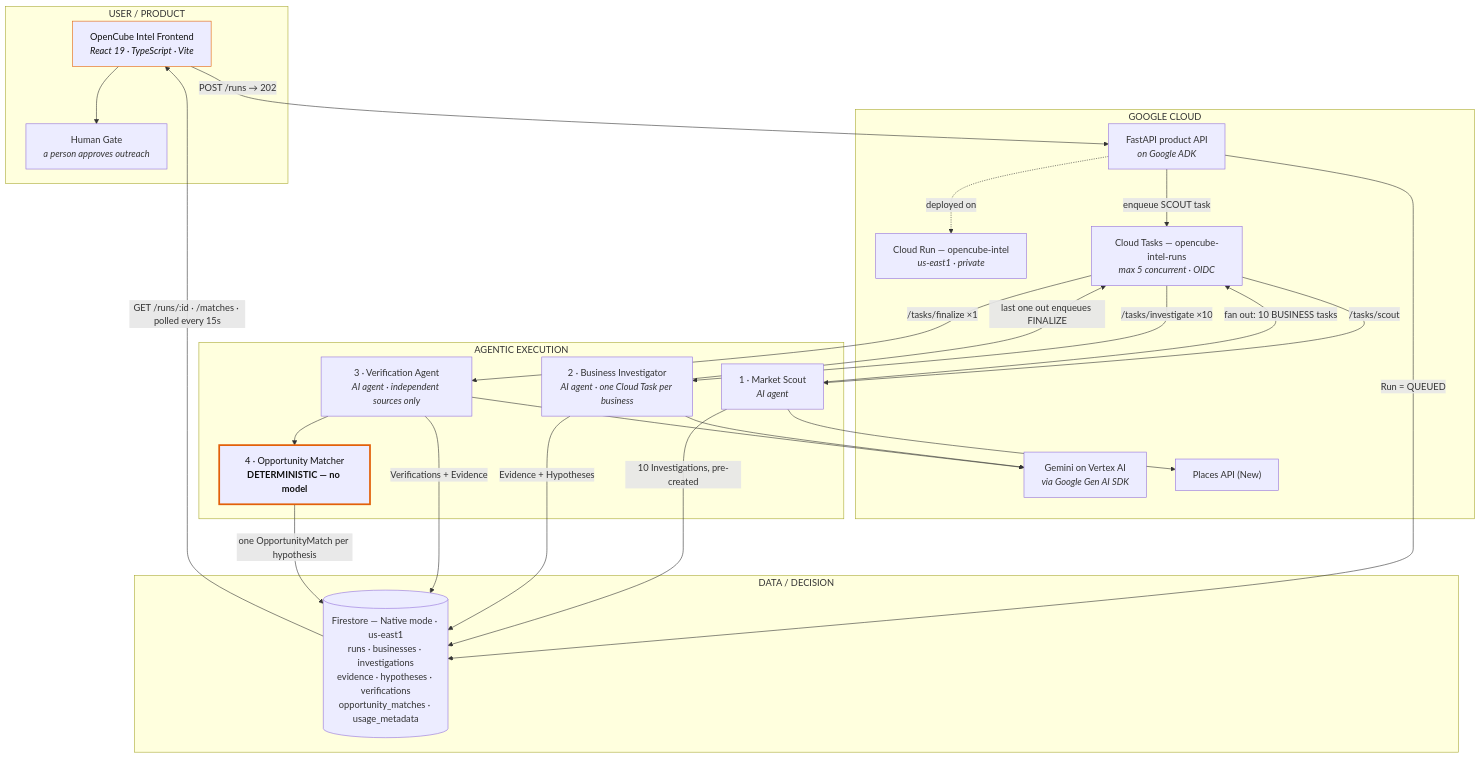
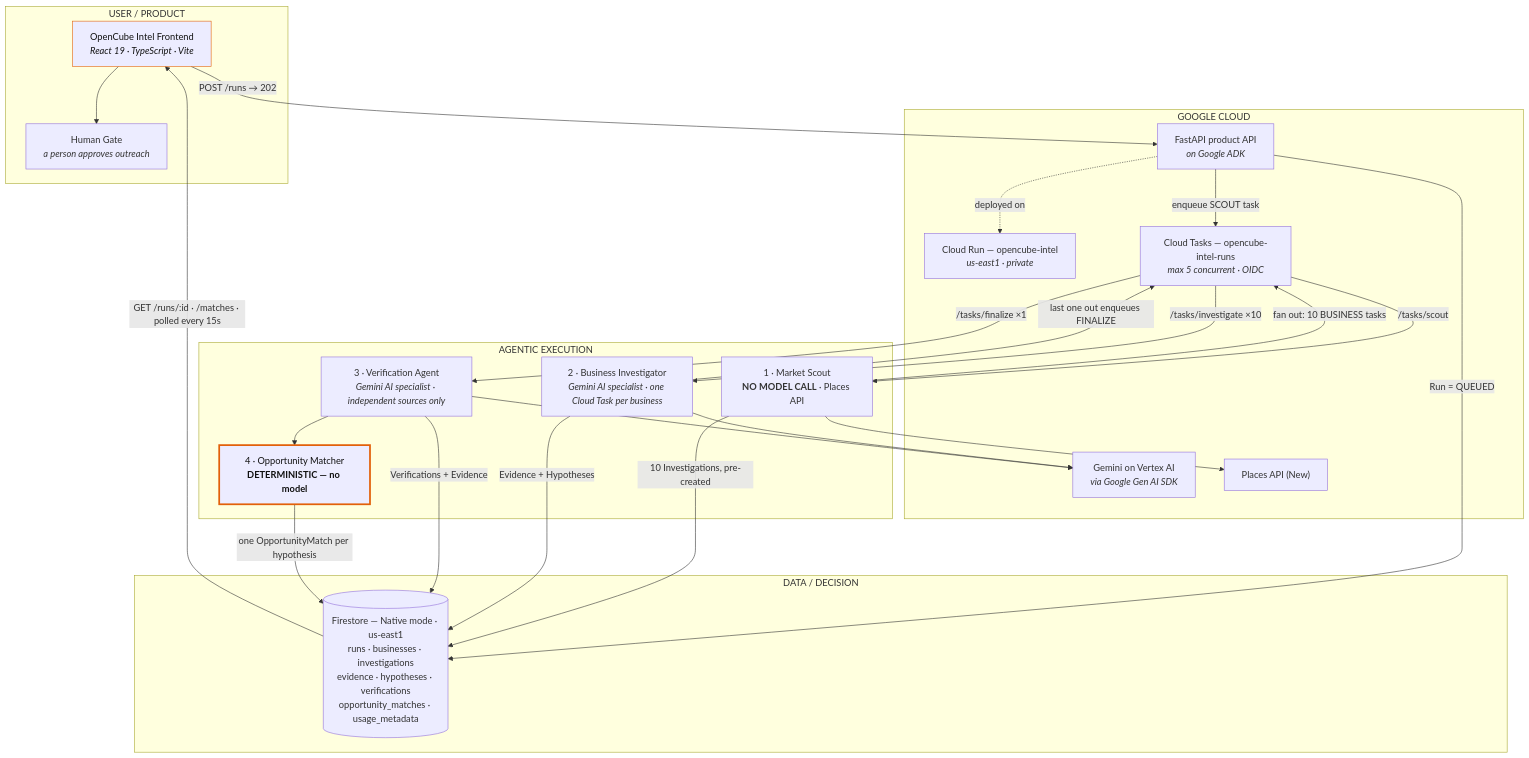
The diagram in docs/architecture.md (guillermowfg-ai/opencube-vertical-intelligence), drawn with Mermaid before and after one commit. The commit also changed other lines of this file and 9 other files, not shown here.

````diff
--- a/docs/architecture.md
+++ b/docs/architecture.md
@@ -29,55 +29,55 @@
 ```mermaid
 flowchart TB
     subgraph PRODUCT["USER / PRODUCT"]
         UI["OpenCube Intel Frontend<br/><i>React 19 · TypeScript · Vite</i>"]
         GATE["Human Gate<br/><i>a person approves outreach</i>"]
     end
 
     subgraph CLOUD["GOOGLE CLOUD"]
         API["FastAPI product API<br/><i>on Google ADK</i>"]
         RUN["Cloud Run — opencube-intel<br/><i>us-east1 · private</i>"]
         TASKS["Cloud Tasks — opencube-intel-runs<br/><i>max 5 concurrent · OIDC</i>"]
         GEMINI["Gemini on Vertex AI<br/><i>via Google Gen AI SDK</i>"]
         PLACES["Places API (New)"]
     end
 
     subgraph AGENTS["AGENTIC EXECUTION"]
-        SCOUT["1 · Market Scout<br/><i>AI agent</i>"]
-        INV["2 · Business Investigator<br/><i>AI agent · one Cloud Task per business</i>"]
-        VER["3 · Verification Agent<br/><i>AI agent · independent sources only</i>"]
+        SCOUT["1 · Market Scout<br/><b>NO MODEL CALL</b> · Places API"]
+        INV["2 · Business Investigator<br/><i>Gemini AI specialist · one Cloud Task per business</i>"]
+        VER["3 · Verification Agent<br/><i>Gemini AI specialist · independent sources only</i>"]
         MATCH["4 · Opportunity Matcher<br/><b>DETERMINISTIC — no model</b>"]
     end
 
     subgraph DATA["DATA / DECISION"]
         FS[("Firestore — Native mode · us-east1<br/>runs · businesses · investigations<br/>evidence · hypotheses · verifications<br/>opportunity_matches · usage_metadata")]
     end
 
     UI -->|"POST /runs → 202"| API
     API -.->|"deployed on"| RUN
     API -->|"Run = QUEUED"| FS
     API -->|"enqueue SCOUT task"| TASKS
 
     TASKS -->|"/tasks/scout"| SCOUT
     SCOUT --> PLACES
     SCOUT -->|"10 Investigations, pre-created"| FS
     SCOUT -->|"fan out: 10 BUSINESS tasks"| TASKS
 
     TASKS -->|"/tasks/investigate ×10"| INV
     INV --> GEMINI
     INV -->|"Evidence + Hypotheses"| FS
     INV -->|"last one out enqueues FINALIZE"| TASKS
 
     TASKS -->|"/tasks/finalize ×1"| VER
     VER --> GEMINI
     VER -->|"Verifications + Evidence"| FS
     VER --> MATCH
     MATCH -->|"one OpportunityMatch per hypothesis"| FS
 
     FS -->|"GET /runs/:id · /matches · polled every 15s"| UI
     UI --> GATE
 
     classDef deterministic stroke-width:3px,stroke:#E2600A,color:#111
     classDef brand stroke:#E2600A,color:#111
     class MATCH deterministic
     class UI brand
 ```
````
